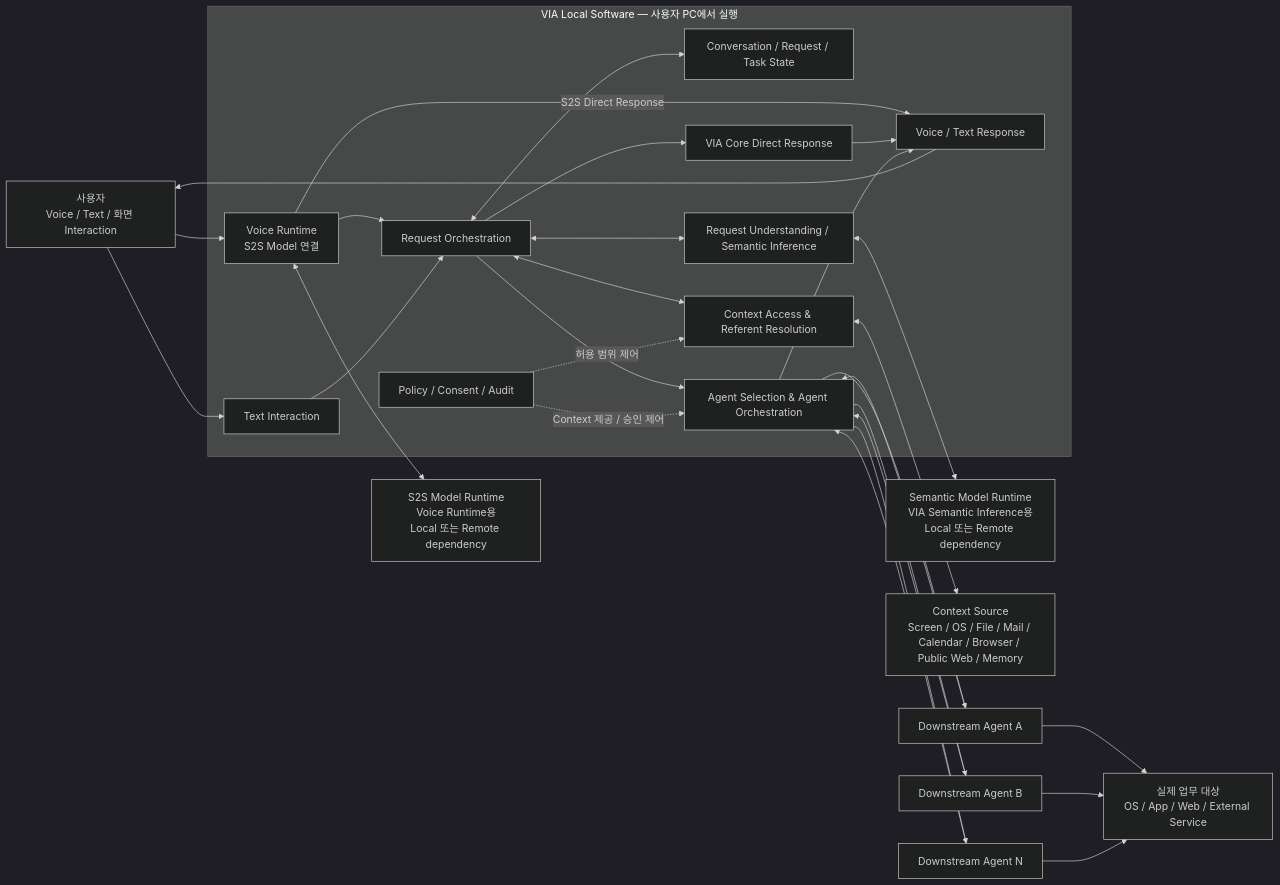
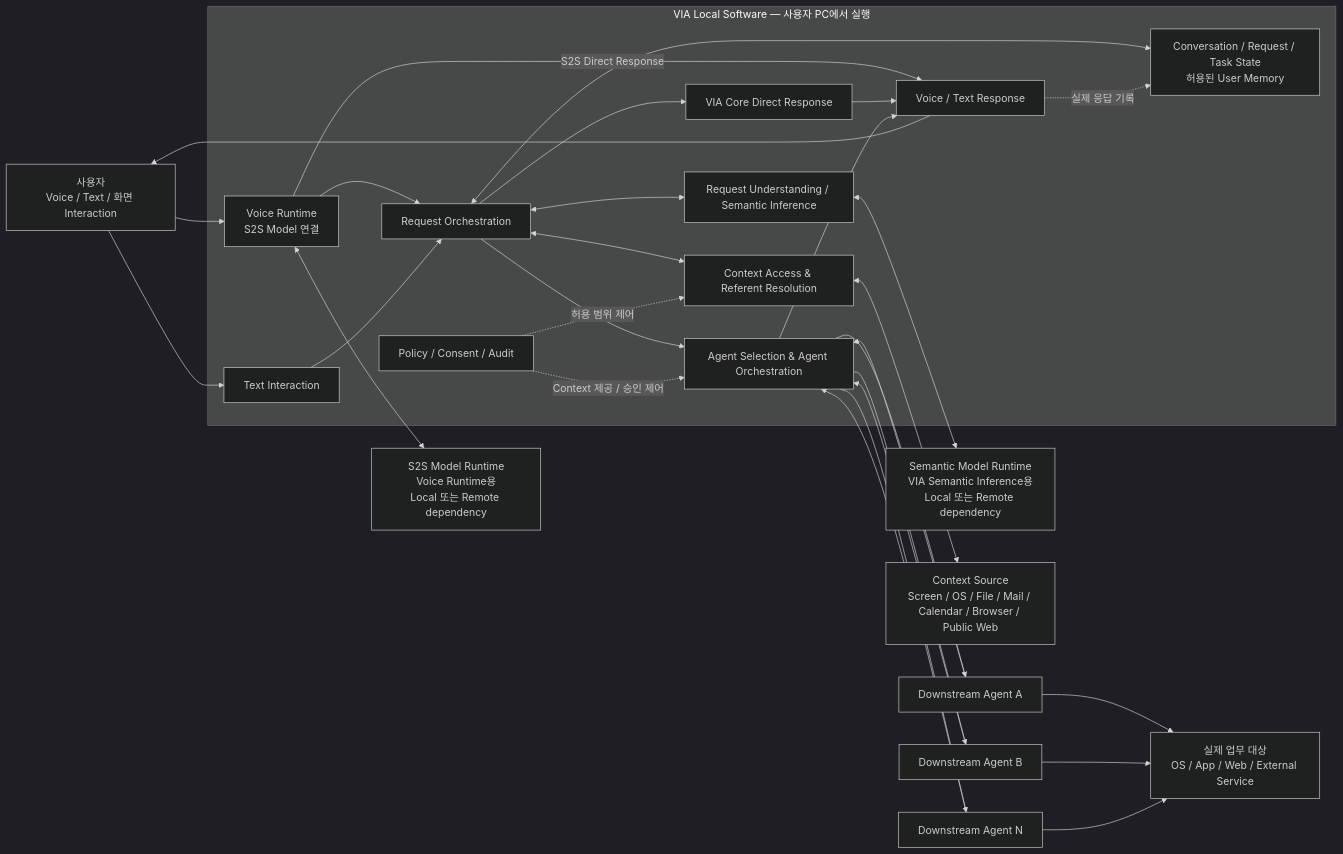
One commit to cbyche/via-sw-architecture changed the diagram in docs/rebaseline/03-fixed-architecture-scope.md. Above: the diagram before and after it, drawn with Mermaid (dark theme). The commit also changed other lines of this file, not shown here.

````diff
--- a/docs/rebaseline/03-fixed-architecture-scope.md
+++ b/docs/rebaseline/03-fixed-architecture-scope.md
@@ -37,63 +37,54 @@
 ```mermaid
 flowchart LR
     U["사용자<br/>Voice / Text / 화면 Interaction"]
 
     subgraph VIA["VIA Local Software — 사용자 PC에서 실행"]
         VR["Voice Runtime<br/>S2S Model 연결"]
         TI["Text Interaction"]
-        CS["Conversation / Request / Task State"]
+        CS["Conversation / Request / Task State<br/>허용된 User Memory"]
         CX["Context Access & Referent Resolution"]
         SI["Request Understanding / Semantic Inference"]
         RO["Request Orchestration"]
         DR["VIA Core Direct Response"]
         AO["Agent Selection & Agent Orchestration"]
         RESP["Voice / Text Response"]
         POL["Policy / Consent / Audit"]
     end
 
     S2S["S2S Model Runtime<br/>Voice Runtime용<br/>Local 또는 Remote dependency"]
     SEM["Semantic Model Runtime<br/>VIA Semantic Inference용<br/>Local 또는 Remote dependency"]
-    CTX["Context Source<br/>Screen / OS / File / Mail / Calendar / Browser / Public Web / Memory"]
-
+    CTX["Context Source<br/>Screen / OS / File / Mail / Calendar / Browser / Public Web"]
     A1["Downstream Agent A"]
     A2["Downstream Agent B"]
     AN["Downstream Agent N"]
-
     TARGET["실제 업무 대상<br/>OS / App / Web / External Service"]
 
     U --> VR
     U --> TI
     VR <--> S2S
-
     VR --> RO
     VR -->|"S2S Direct Response"| RESP
     TI --> RO
-
     RO <--> CS
     RO <--> CX
     RO <--> SI
     RO --> DR
     RO --> AO
-
     CX <--> CTX
     SI <--> SEM
-
     POL -. "허용 범위 제어" .-> CX
     POL -. "Context 제공 / 승인 제어" .-> AO
-
     AO --> A1
     AO --> A2
     AO --> AN
-
     A1 --> TARGET
     A2 --> TARGET
     AN --> TARGET
-
     A1 --> AO
     A2 --> AO
     AN --> AO
-
     DR --> RESP
     AO --> RESP
     RESP --> U
+    RESP -. "실제 응답 기록" .-> CS
 ```
````
